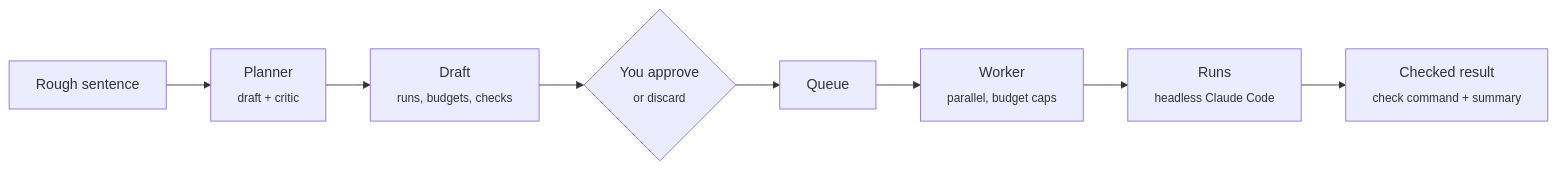
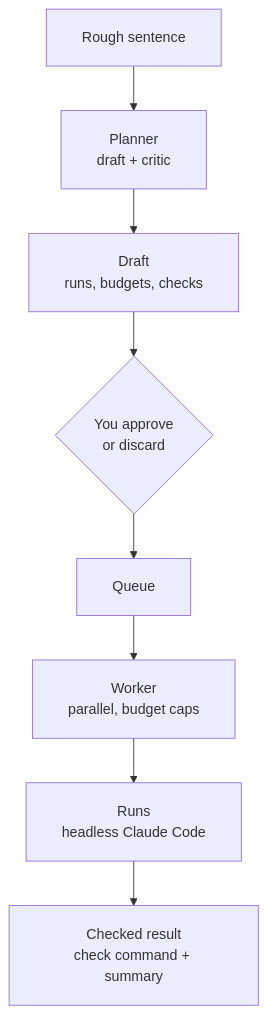
Before and after one commit to crizex/promptwerk: the diagram in README.md, drawn with Mermaid. The commit also changed 2 other files, not shown here.

Commit message:
Promptwerk 1.0.2: readable diagram on GitHub

````diff
--- a/README.md
+++ b/README.md
@@ -41,10 +41,11 @@
 ```mermaid
-flowchart LR
-    A[Rough sentence] --> B[Planner<br><sub>draft + critic</sub>]
-    B --> C[Draft<br><sub>runs, budgets, checks</sub>]
-    C --> D{You approve<br><sub>or discard</sub>}
+%%{init: {"flowchart": {"padding": 20}}}%%
+flowchart TB
+    A[Rough sentence] --> B["Planner<br>draft + critic"]
+    B --> C["Draft<br>runs, budgets, checks"]
+    C --> D{"You approve<br>or discard"}
     D --> E[Queue]
-    E --> F[Worker<br><sub>parallel, budget caps</sub>]
-    F --> G[Runs<br><sub>headless Claude Code</sub>]
-    G --> H[Checked result<br><sub>check command + summary</sub>]
+    E --> F["Worker<br>parallel, budget caps"]
+    F --> G["Runs<br>headless Claude Code"]
+    G --> H["Checked result<br>check command + summary"]
 ```
````
